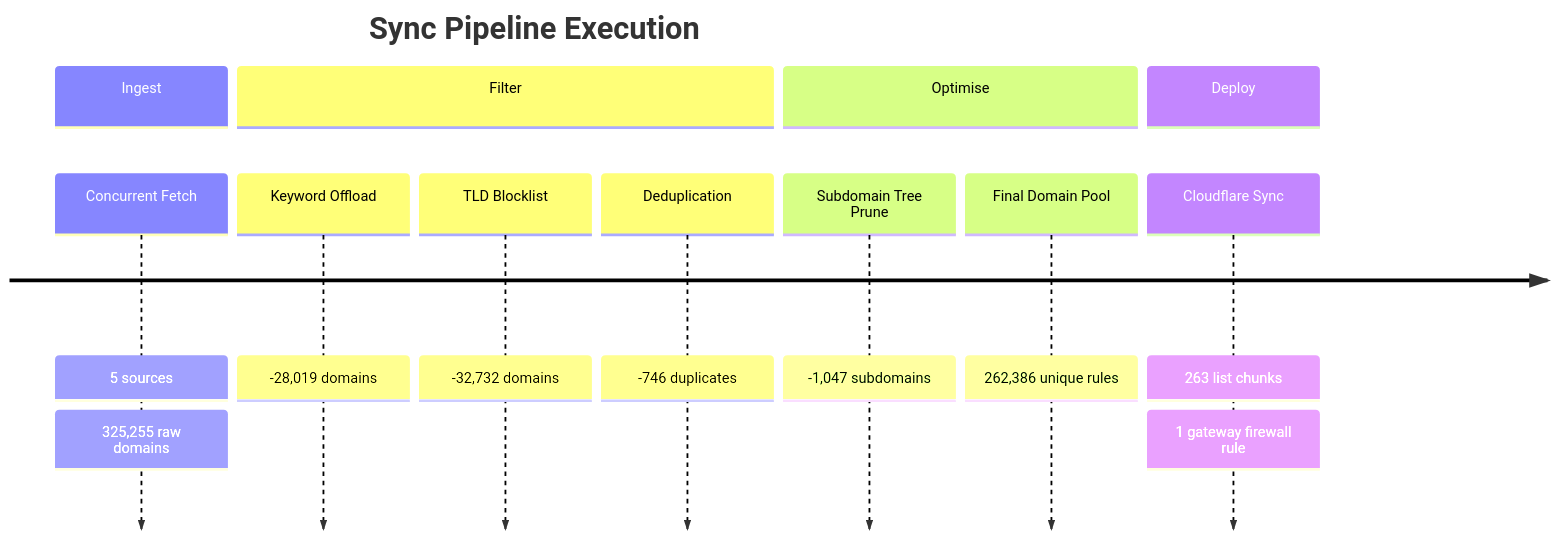
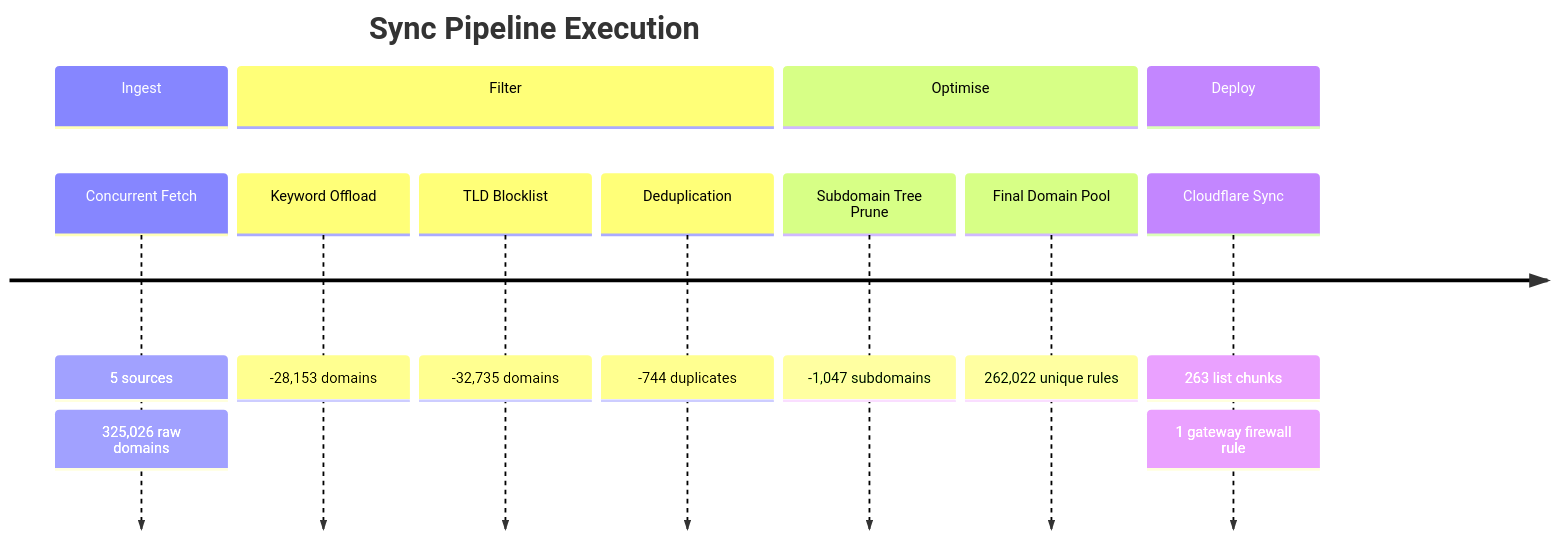
One commit to brojangles24/Cloudflare-ZeroTrust-AdBlock changed the second of 6 diagrams in README_STATS.md. Above: the diagram before and after it, drawn with Mermaid. The commit also changed other lines of this file and 1 other file, not shown here.

````diff
--- a/README_STATS.md
+++ b/README_STATS.md
@@ -54,17 +54,17 @@
 ```mermaid
 timeline
     title Sync Pipeline Execution
     section Ingest
         Concurrent Fetch   : 5 sources
-                           : 325,255 raw domains
+                           : 325,026 raw domains
     section Filter
-        Keyword Offload    : -28,019 domains
-        TLD Blocklist      : -32,732 domains
-        Deduplication      : -746 duplicates
+        Keyword Offload    : -28,153 domains
+        TLD Blocklist      : -32,735 domains
+        Deduplication      : -744 duplicates
     section Optimise
         Subdomain Tree Prune : -1,047 subdomains
-        Final Domain Pool    : 262,386 unique rules
+        Final Domain Pool    : 262,022 unique rules
     section Deploy
         Cloudflare Sync    : 263 list chunks
                            : 1 gateway firewall rule
 ```
````
